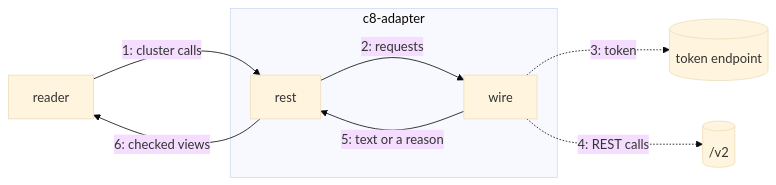
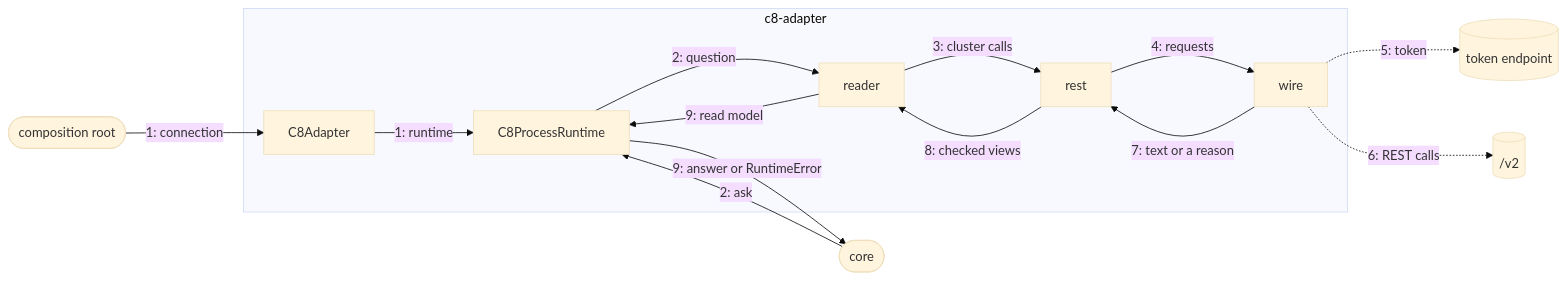
One commit to Miragon/pulse changed the diagram in packages/connectors/c8/c8-adapter/src/README.md. Above: the diagram before and after it, drawn with Mermaid (base theme). The commit also changed other lines of this file and 30 other files, not shown here.

````diff
--- a/packages/connectors/c8/c8-adapter/src/README.md
+++ b/packages/connectors/c8/c8-adapter/src/README.md
@@ -15,14 +15,24 @@
 ```mermaid
 flowchart LR
-  reader["reader"]
+  root(["composition root"])
+  core(["core"])
   subgraph adapter ["c8-adapter"]
+    plug["C8Adapter"]
+    runtime["C8ProcessRuntime"]
+    reader["reader"]
     rest["rest"]
     wire["wire"]
   end
-  reader -- "1: cluster calls" --> rest
-  rest -- "2: requests" --> wire
-  wire -. "3: token" .-> login[("token endpoint")]
-  wire -. "4: REST calls" .-> cluster[("/v2")]
-  wire -- "5: text or a reason" --> rest
-  rest -- "6: checked views" --> reader
+  root -- "1: connection" --> plug
+  plug -- "1: runtime" --> runtime
+  core -- "2: ask" --> runtime
+  runtime -- "2: question" --> reader
+  reader -- "3: cluster calls" --> rest
+  rest -- "4: requests" --> wire
+  wire -. "5: token" .-> login[("token endpoint")]
+  wire -. "6: REST calls" .-> cluster[("/v2")]
+  wire -- "7: text or a reason" --> rest
+  rest -- "8: checked views" --> reader
+  reader -- "9: read model" --> runtime
+  runtime -- "9: answer or RuntimeError" --> core
 ```
````
